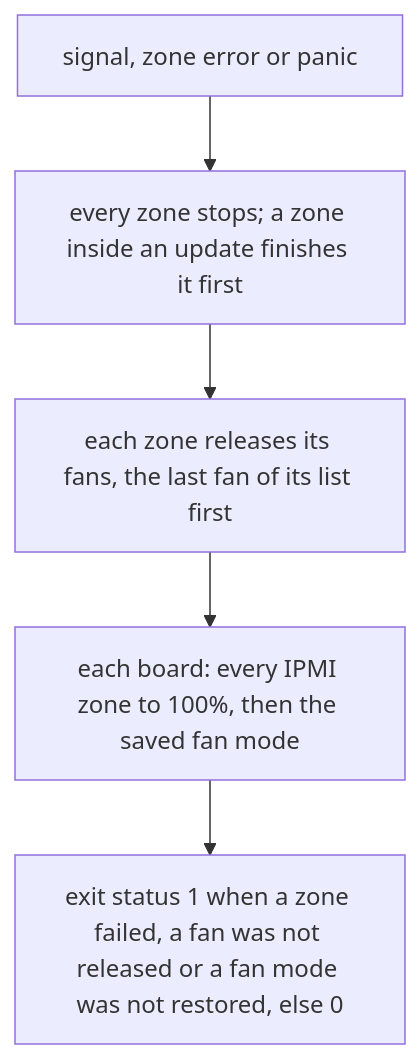
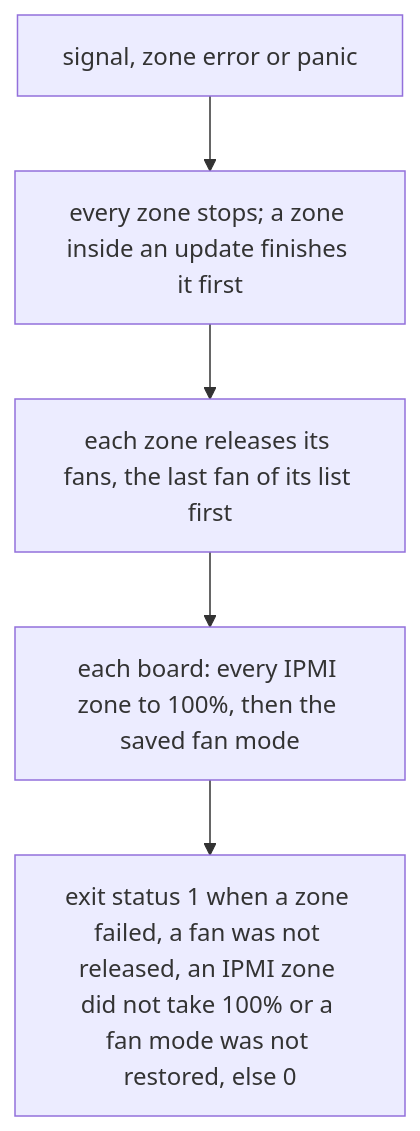
The diagram in docs/failure.md (mniehe/coolerd), drawn with Mermaid before and after one commit. The commit also changed other lines of this file and 5 other files, not shown here.

Commit message:
fix(session): fail the exit when the last write of 100% to an IPMI zone fails

````diff
--- a/docs/failure.md
+++ b/docs/failure.md
@@ -87,7 +87,7 @@
 ```mermaid
 flowchart TD
     A[signal, zone error or panic] --> B[every zone stops; a zone inside an update finishes it first]
     B --> C[each zone releases its fans, the last fan of its list first]
     C --> D[each board: every IPMI zone to 100%, then the saved fan mode]
-    D --> E[exit status 1 when a zone failed, a fan was not released or a fan mode was not restored, else 0]
+    D --> E[exit status 1 when a zone failed, a fan was not released, an IPMI zone did not take 100% or a fan mode was not restored, else 0]
 ```
````
